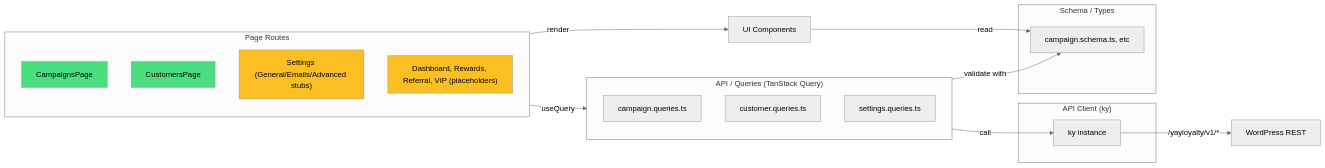
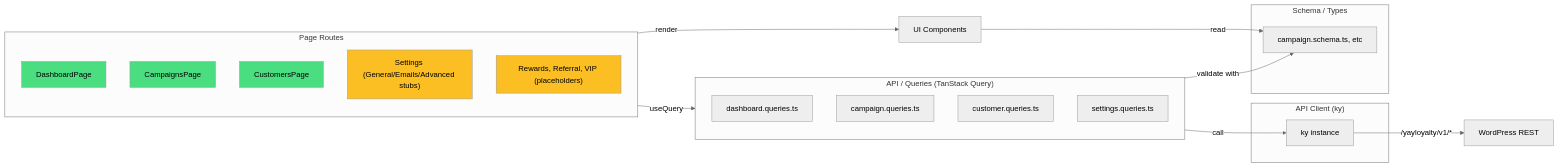
Before and after one commit to YayCommerce/YayLoyalty: the second of 3 diagrams in docs/system-architecture.md, drawn with Mermaid (neutral theme). The commit also changed other lines of this file and 4 other files, not shown here.

````diff
--- a/docs/system-architecture.md
+++ b/docs/system-architecture.md
@@ -88,36 +88,39 @@
 ```mermaid
 flowchart LR
     subgraph Pages["Page Routes"]
+        Dash["DashboardPage"]
         Camp["CampaignsPage"]
         Cust["CustomersPage"]
         Set["Settings (General/Emails/Advanced stubs)"]
-        Other["Dashboard, Rewards, Referral, VIP (placeholders)"]
+        Other["Rewards, Referral, VIP (placeholders)"]
     end
 
     subgraph Queries["API / Queries (TanStack Query)"]
+        DashQry["dashboard.queries.ts"]
         CampQry["campaign.queries.ts"]
         CustQry["customer.queries.ts"]
         SetQry["settings.queries.ts"]
     end
 
     subgraph API["API Client (ky)"]
         KyClient["ky instance"]
     end
 
     subgraph Schema["Schema / Types"]
         ZodSchema["campaign.schema.ts, etc"]
     end
 
     Pages -->|useQuery| Queries
     Queries -->|call| KyClient
     KyClient -->|/yayloyalty/v1/*| WordPress["WordPress REST"]
     Queries -->|validate with| ZodSchema
 
     Pages -->|render| Components["UI Components"]
     Components -->|read| ZodSchema
 
+    style Dash fill:#4ade80
     style Camp fill:#4ade80
     style Cust fill:#4ade80
     style Set fill:#fbbf24
     style Other fill:#fbbf24
 ```
````
